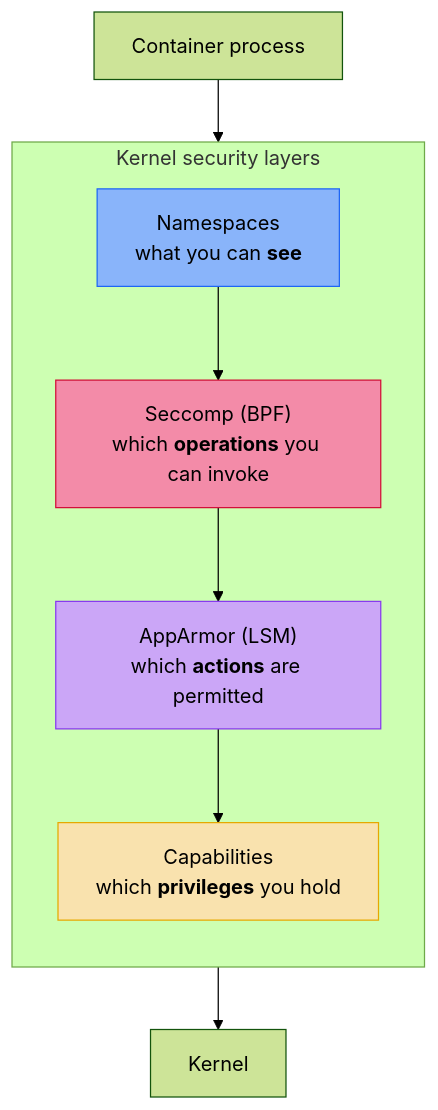
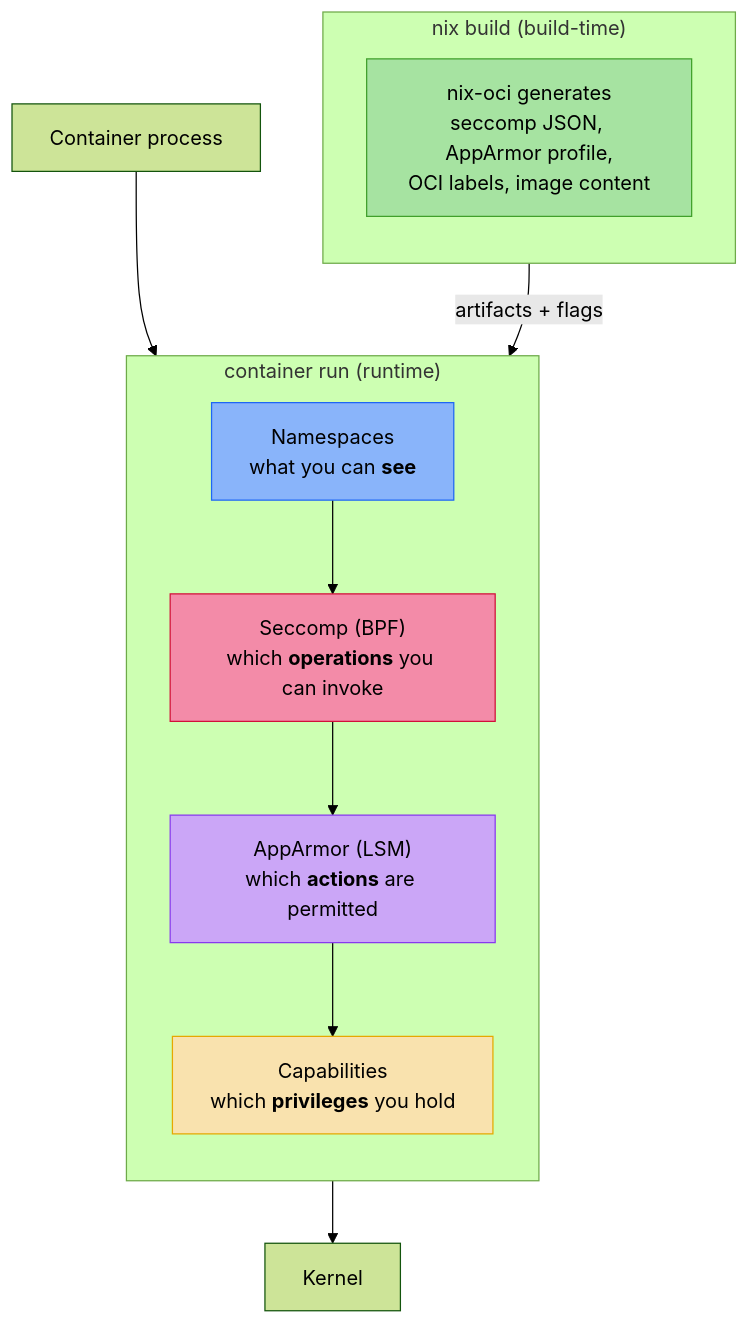
The diagram in docs/content/security/hardening.md (Dauliac/nix-oci), drawn with Mermaid (forest theme) before and after one commit. The commit also changed other lines of this file and 255 other files, not shown here.

First line of the commit message:
refactor: unified architecture cleanup, pipeline migration, docs restructure

````diff
--- a/docs/content/security/hardening.md
+++ b/docs/content/security/hardening.md
@@ -19,16 +48,24 @@
 ```mermaid
 flowchart TD
-    subgraph "Kernel security layers"
+    subgraph "nix build (build-time)"
+        direction TB
+        GEN["nix-oci generates<br/>seccomp JSON, AppArmor profile,<br/>OCI labels, image content"]
+    end
+
+    subgraph "container run (runtime)"
         direction TB
         NS["Namespaces<br/>what you can <b>see</b>"]
         SEC["Seccomp (BPF)<br/>which <b>operations</b> you can invoke"]
         AA["AppArmor (LSM)<br/>which <b>actions</b> are permitted"]
         CAP["Capabilities<br/>which <b>privileges</b> you hold"]
     end
+
+    GEN -->|"artifacts + flags"| NS
     APP["Container process"] --> NS --> SEC --> AA --> CAP --> KERNEL["Kernel"]
 
+    style GEN fill:#a6e3a1,stroke:#40a02b,color:#000
     style NS fill:#89b4fa,stroke:#1e66f5,color:#000
     style SEC fill:#f38ba8,stroke:#d20f39,color:#000
     style AA fill:#cba6f7,stroke:#8839ef,color:#000
     style CAP fill:#f9e2ae,stroke:#e6a800,color:#000
 ```
````
